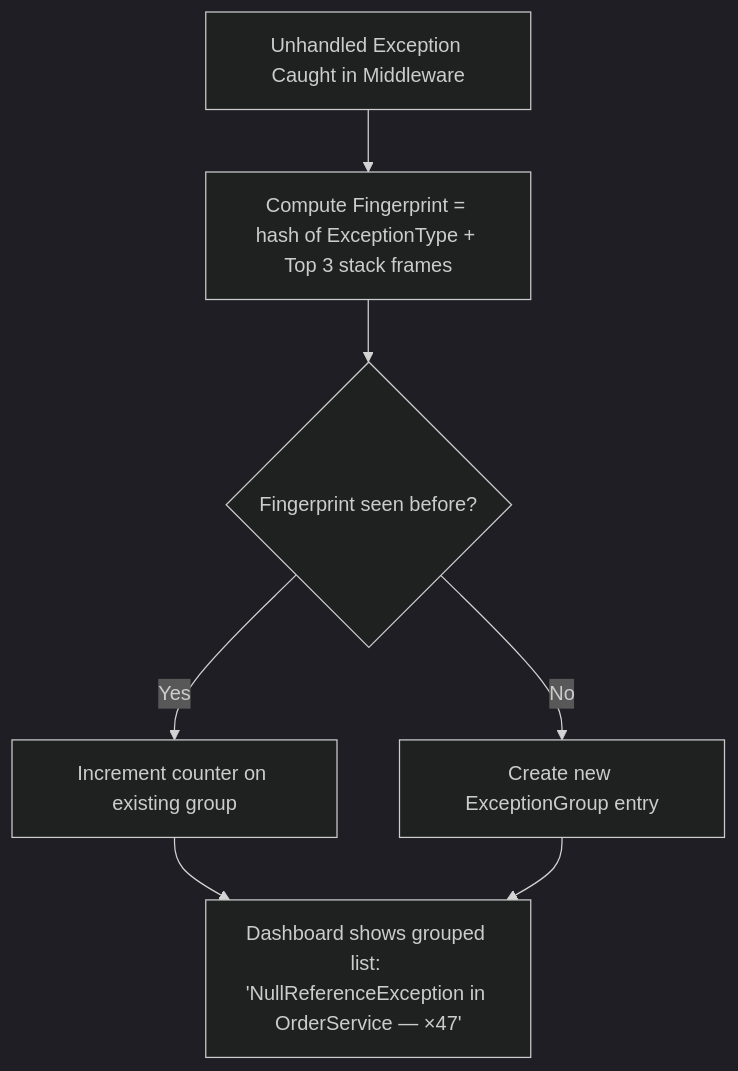
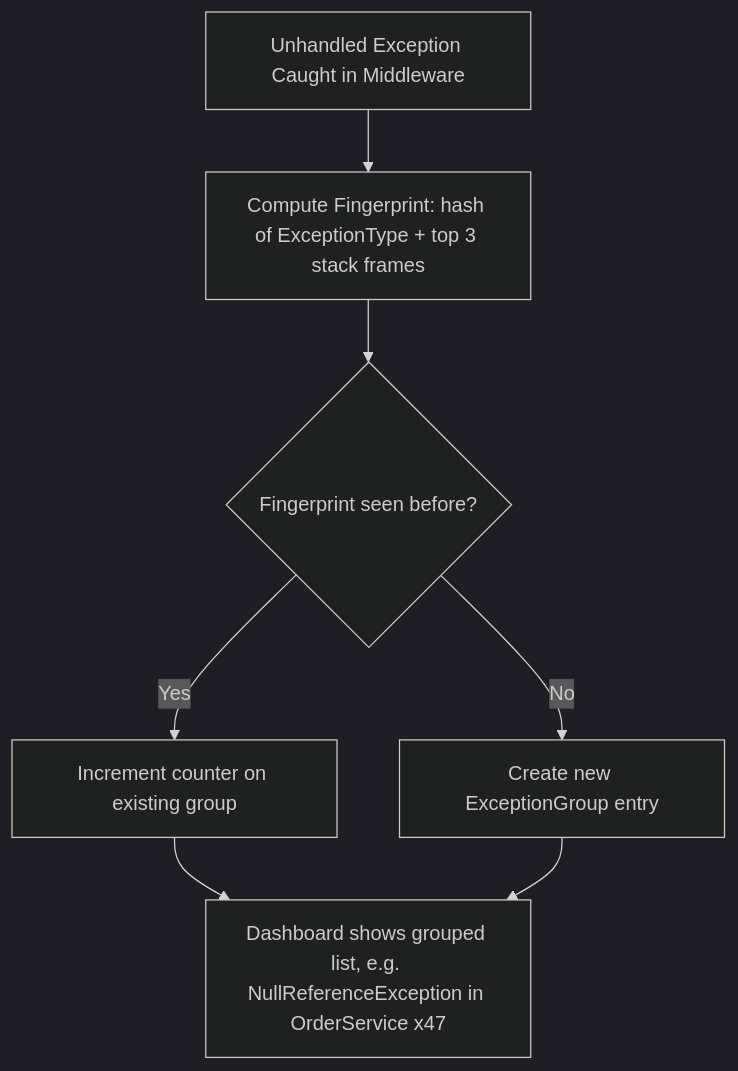
Before and after one commit to DevSars24/Debugprobe-blueprint-journey: the fifth of 8 diagrams in Additonal-features/features.md, drawn with Mermaid (dark theme). The commit also changed other lines of this file, not shown here.

````diff
--- a/Additonal-features/features.md
+++ b/Additonal-features/features.md
@@ -118,8 +118,8 @@
 ```mermaid
 flowchart TD
-    A[Unhandled Exception Caught in Middleware] --> B[Compute Fingerprint = hash of ExceptionType + Top 3 stack frames]
-    B --> C{Fingerprint seen before?}
-    C -- Yes --> D[Increment counter on existing group]
-    C -- No --> E[Create new ExceptionGroup entry]
-    D & E --> F[Dashboard shows grouped list: 'NullReferenceException in OrderService — ×47']
+    A["Unhandled Exception Caught in Middleware"] --> B["Compute Fingerprint: hash of ExceptionType + top 3 stack frames"]
+    B --> C{"Fingerprint seen before?"}
+    C -- Yes --> D["Increment counter on existing group"]
+    C -- No --> E["Create new ExceptionGroup entry"]
+    D & E --> F["Dashboard shows grouped list, e.g. NullReferenceException in OrderService x47"]
 ```
````
